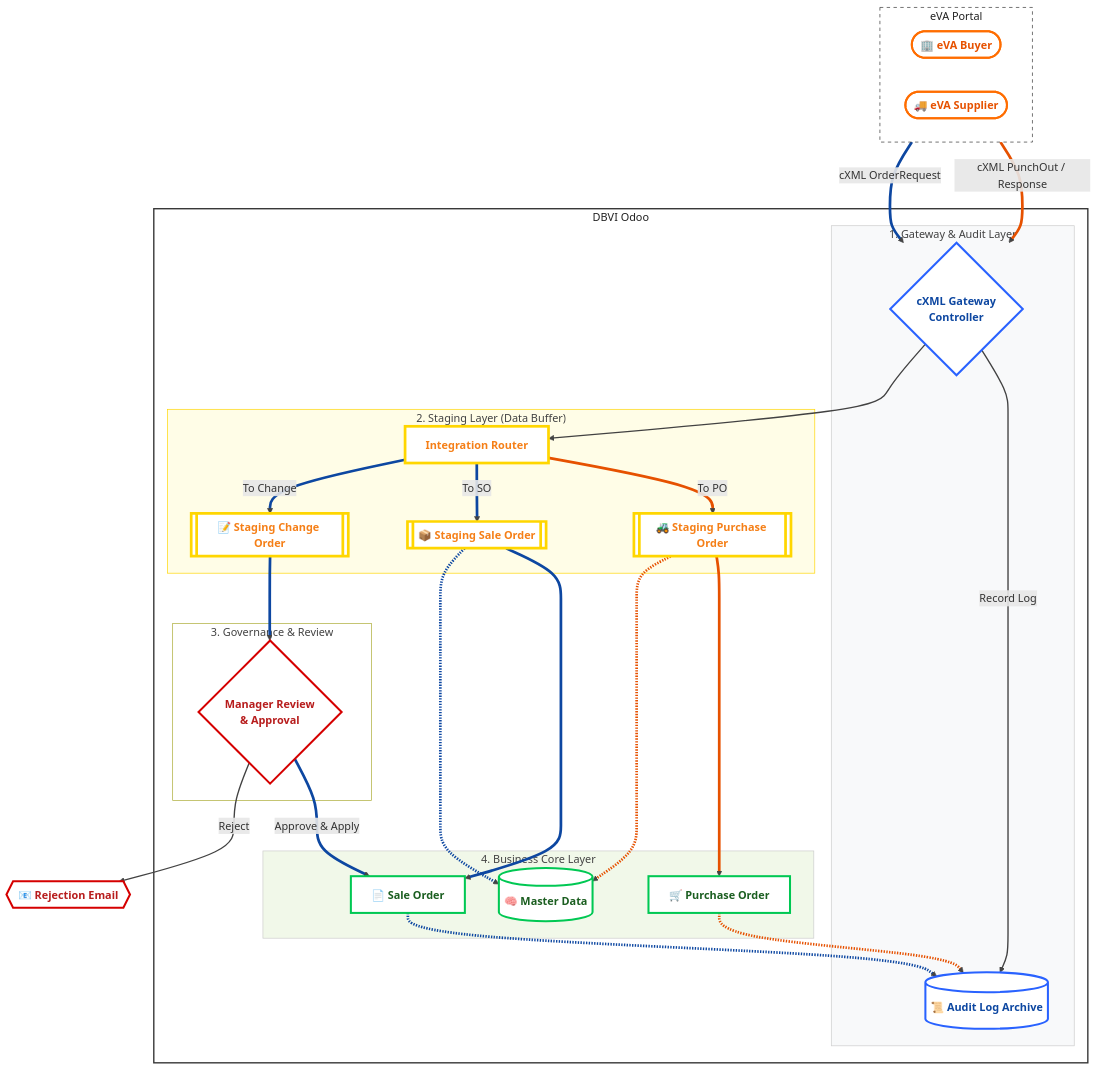
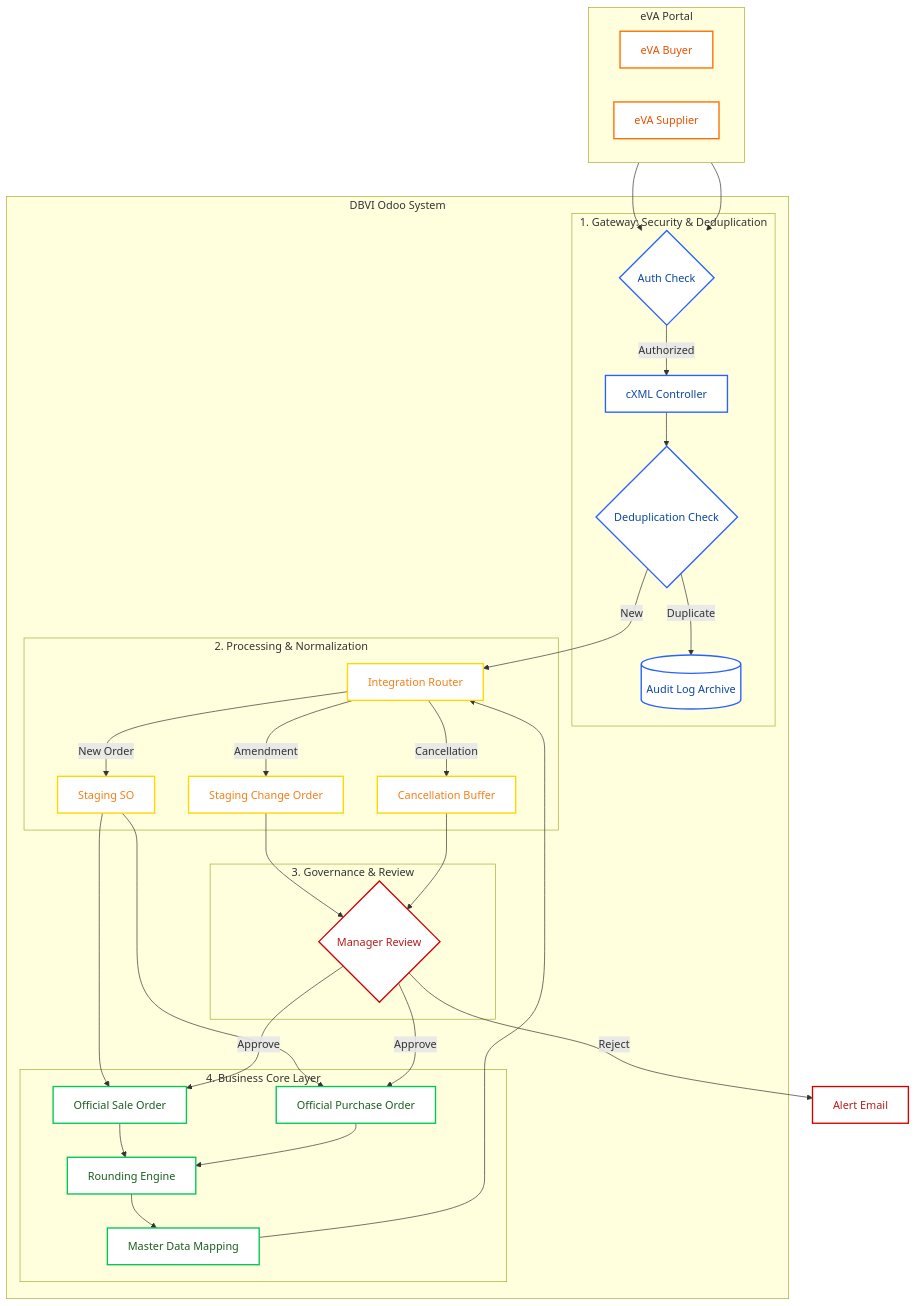
One commit to tangialai/antigravity_workspace changed the diagram in docs/Novobi - dbvi/dbvi_eva_odoo.md. Above: the diagram before and after it, drawn with Mermaid. The commit also changed other lines of this file and 3 other files, not shown here.

````diff
--- a/docs/Novobi - dbvi/dbvi_eva_odoo.md
+++ b/docs/Novobi - dbvi/dbvi_eva_odoo.md
@@ -5,93 +5,73 @@
 ```mermaid
 flowchart TD
-    %% Define High-Contrast Styles (Bold Dark Text)
-    classDef portal fill:#FFF,stroke:#FF6D00,stroke-width:3px,color:#E65100,font-weight:bold;
-    classDef gateway fill:#FFF,stroke:#2962FF,stroke-width:3px,color:#0D47A1,font-weight:bold;
-    classDef staging fill:#FFF,stroke:#FFD600,stroke-width:4px,color:#F57F17,font-weight:bold;
-    classDef core fill:#FFF,stroke:#00C853,stroke-width:3px,color:#1B5E20,font-weight:bold;
-    classDef manual fill:#FFF,stroke:#D50000,stroke-width:3px,color:#B71C1C,font-weight:bold;
+    %% Define Styles
+    classDef portal fill:#FFF,stroke:#FF6D00,stroke-width:2px,color:#E65100;
+    classDef gateway fill:#FFF,stroke:#2962FF,stroke-width:2px,color:#0D47A1;
+    classDef staging fill:#FFF,stroke:#FFD600,stroke-width:2px,color:#F57F17;
+    classDef core fill:#FFF,stroke:#00C853,stroke-width:2px,color:#1B5E20;
+    classDef manual fill:#FFF,stroke:#D50000,stroke-width:2px,color:#B71C1C;
 
-    %% Subgraph Styles (Darker Labels)
-    style EVA_PORTAL fill:#FFFFFF,stroke:#333,stroke-width:1px,stroke-dasharray: 5 5,color:#212121;
-    style ODOO_SYSTEM fill:#FFFFFF,stroke:#333,stroke-width:2px,color:#212121;
-    style LAYER_GATEWAY fill:#F8F9FA,stroke:#CCC,stroke-width:1px,color:#424242;
-    style LAYER_STAGING fill:#FFFDE7,stroke:#FFD600,stroke-width:1px,color:#424242;
-    style LAYER_REVIEW fill:#FFF,color:#424242;
-    style LAYER_CORE fill:#F1F8E9,stroke:#CCC,stroke-width:1px,color:#424242;
-
-    %% --- External Layer: eVA Portal ---
-    subgraph EVA_PORTAL ["eVA Portal"]
+    %% --- External Layer ---
+    subgraph EVA_PORTAL [eVA Portal]
         direction LR
-        EVA_BUYER(["🏢 eVA Buyer"]):::portal
-        EVA_SUPPLIER(["🚚 eVA Supplier"]):::portal
+        EVAB[eVA Buyer]:::portal
+        EVAS[eVA Supplier]:::portal
     end
 
-    %% --- Internal Layer: Odoo System ---
-    subgraph ODOO_SYSTEM ["DBVI Odoo"]
-
-        subgraph LAYER_GATEWAY ["1. Gateway & Audit Layer"]
-            CTRL{"cXML Gateway\nController"}:::gateway
-            LOG[("📜 Audit Log Archive")]:::gateway
+    %% --- Internal Layer ---
+    subgraph ODOO_SYSTEM [DBVI Odoo System]
+        subgraph LAYER_GATEWAY [1. Gateway: Security & Deduplication]
+            AUTH{Auth Check}:::gateway
+            CTRL[cXML Controller]:::gateway
+            DEDUP{Deduplication Check}:::gateway
+            LOG[(Audit Log Archive)]:::gateway
         end
 
-        subgraph LAYER_STAGING ["2. Staging Layer (Data Buffer)"]
-            PROC["Integration Router"]:::staging
-            STG_SO[["📦 Staging Sale Order"]]:::staging
-            STG_CO[["📝 Staging Change Order"]]:::staging
-            STG_PO[["🚜 Staging Purchase Order"]]:::staging
+        subgraph LAYER_STAGING [2. Processing & Normalization]
+            PROC[Integration Router]:::staging
+            STG_SO[Staging SO]:::staging
+            STG_CO[Staging Change Order]:::staging
+            STG_CAN[Cancellation Buffer]:::staging
         end
 
-        subgraph LAYER_REVIEW ["3. Governance & Review"]
-            REVIEW{"Manager Review\n& Approval"}:::manual
+        subgraph LAYER_REVIEW [3. Governance & Review]
+            REVIEW{Manager Review}:::manual
         end
 
-        subgraph LAYER_CORE ["4. Business Core Layer"]
-            SO["📄 Sale Order"]:::core
-            PO["🛒 Purchase Order"]:::core
-            MD[("🧠 Master Data")]:::core
+        subgraph LAYER_CORE [4. Business Core Layer]
+            SO_CORE[Official Sale Order]:::core
+            PO_CORE[Official Purchase Order]:::core
+            ROUND[Rounding Engine]:::core
+            MD_CORE[Master Data Mapping]:::core
         end
     end
 
-    %% --- Workflow Connections ---
+    %% --- Connections ---
+    EVAB --> AUTH
+    EVAS --> AUTH
 
-    %% Path A: Buyer Flow (Orange)
-    EVA_BUYER == "cXML PunchOut / Response" ==> CTRL
+    AUTH -->|Authorized| CTRL
+    CTRL --> DEDUP
 
-    %% Path B: Supplier Flow (Blue)
-    EVA_SUPPLIER == "cXML OrderRequest" ==> CTRL
+    DEDUP -->|Duplicate| LOG
+    DEDUP -->|New| PROC
 
-    CTRL -- "Record Log" --> LOG
-    CTRL ==> PROC
+    PROC -->|New Order| STG_SO
+    PROC -->|Amendment| STG_CO
+    PROC -->|Cancellation| STG_CAN
 
-    %% Routing logic to Staging
-    PROC == "To PO" ==> STG_PO
-    PROC == "To SO" ==> STG_SO
-    PROC == "To Change" ==> STG_CO
+    STG_SO --> SO_CORE
+    STG_SO --> PO_CORE
 
-    %% Final Processing
-    STG_SO ==> SO
-    STG_PO ==> PO
+    STG_CO --> REVIEW
+    STG_CAN --> REVIEW
 
-    STG_SO -.-> MD
-    STG_PO -.-> MD
+    REVIEW -->|Approve| SO_CORE
+    REVIEW -->|Approve| PO_CORE
+    REVIEW -->|Reject| REJECT[Alert Email]:::manual
 
-    STG_CO ==> REVIEW
-    REVIEW == "Approve & Apply" ==> SO
-    REVIEW == "Reject" ==> REJECT{{ 📧 Rejection Email }}:::manual
-
-    %% Audit Links
-    SO -.-> LOG
-    PO -.-> LOG
-
-    %% Global Line Styling (Enhanced Contrast)
-    linkStyle default stroke:#444,stroke-width:2px;
-
-    %% Buyer Paths (Deep Orange: #E65100)
-    linkStyle 0,4,8,10,15 stroke:#E65100,stroke-width:4px;
-
-    %% Supplier Paths (Deep Blue: #0D47A1)
-    linkStyle 1,5,6,7,9,11,12,14 stroke:#0D47A1,stroke-width:4px;
-
-    %% Shared/Audit Paths (Grey)
-    linkStyle 2,3,13 stroke:#424242,stroke-width:2px;
+    SO_CORE --> ROUND
+    PO_CORE --> ROUND
+    ROUND --> MD_CORE
+    MD_CORE --> PROC
 ```
````
